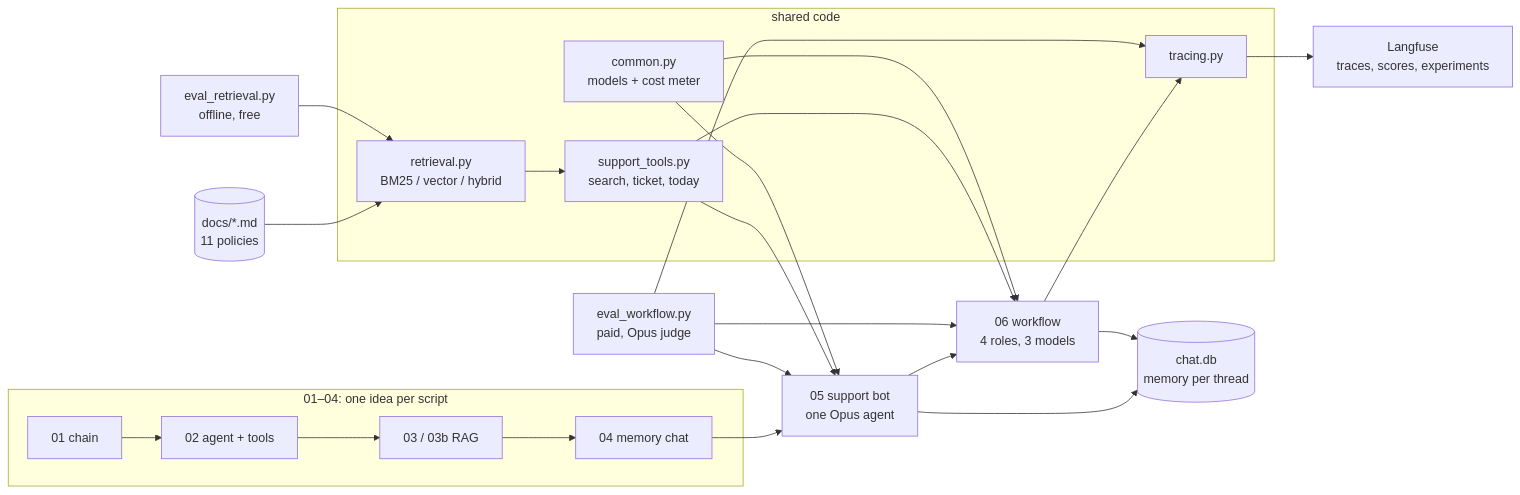
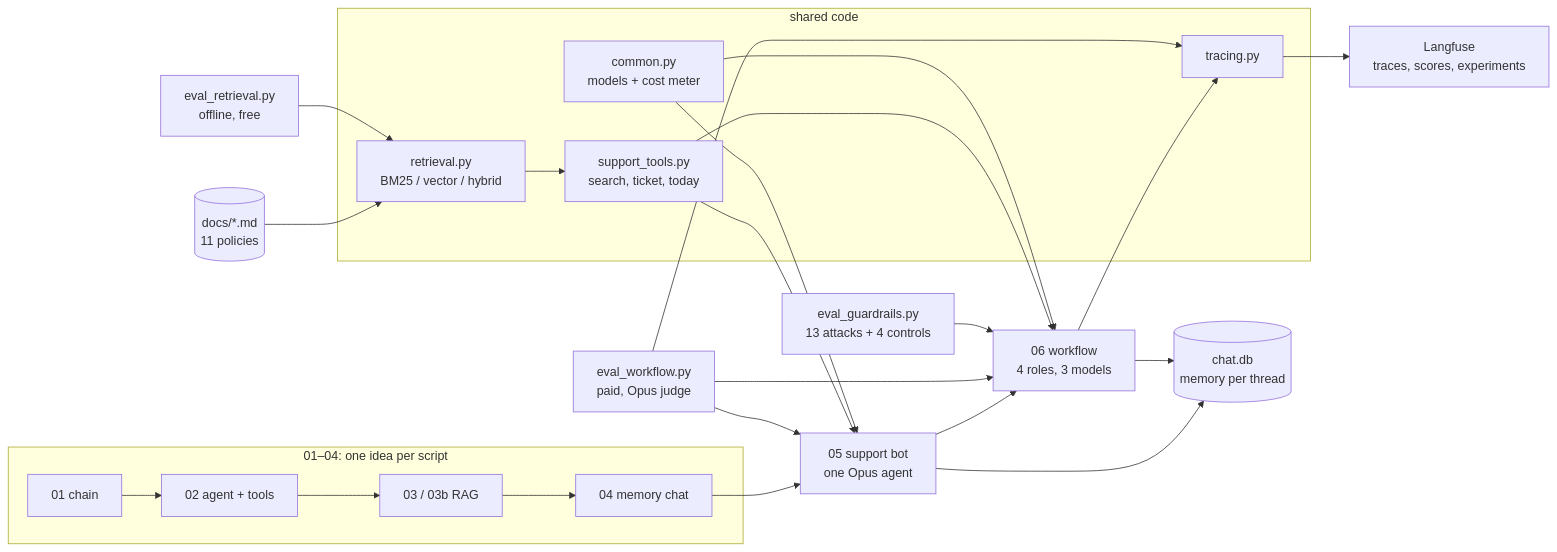
The first of 2 diagrams in README.md (manshoor/langchain-claude), drawn with Mermaid before and after one commit. The commit also changed other lines of this file and 1 other file, not shown here.

First line of the commit message:
Document guardrails and live results

````diff
--- a/README.md
+++ b/README.md
@@ -27,27 +28,28 @@
 ```mermaid
 flowchart LR
     subgraph learn["01–04: one idea per script"]
         s1["01 chain"] --> s2["02 agent + tools"] --> s3["03 / 03b RAG"] --> s4["04 memory chat"]
     end
 
     s4 --> bot["05 support bot<br/>one Opus agent"]
     bot --> wf["06 workflow<br/>4 roles, 3 models"]
 
     subgraph shared["shared code"]
         common["common.py<br/>models + cost meter"]
         retrieval["retrieval.py<br/>BM25 / vector / hybrid"]
         tools["support_tools.py<br/>search, ticket, today"]
         tracing["tracing.py"]
     end
 
     docs[("docs/*.md<br/>11 policies")] --> retrieval
     retrieval --> tools
     tools --> bot & wf
     common --> bot & wf
     wf --> tracing --> langfuse["Langfuse<br/>traces, scores, experiments"]
     bot & wf --> db[("chat.db<br/>memory per thread")]
 
     evr["eval_retrieval.py<br/>offline, free"] --> retrieval
     evw["eval_workflow.py<br/>paid, Opus judge"] --> bot & wf
     evw --> tracing
+    evg["eval_guardrails.py<br/>13 attacks + 4 controls"] --> wf
 ```
````
